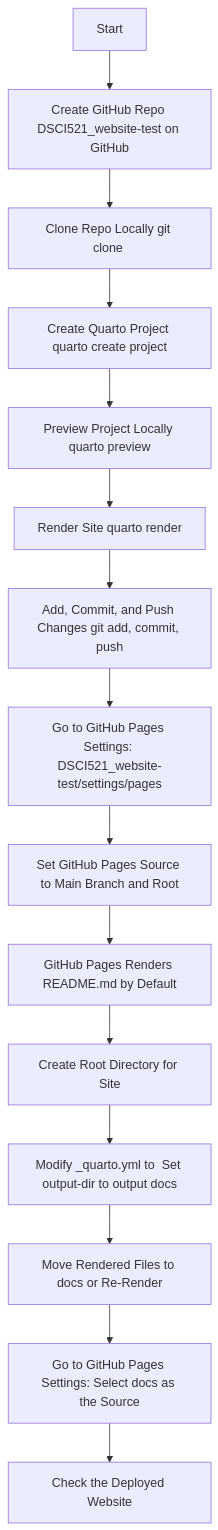
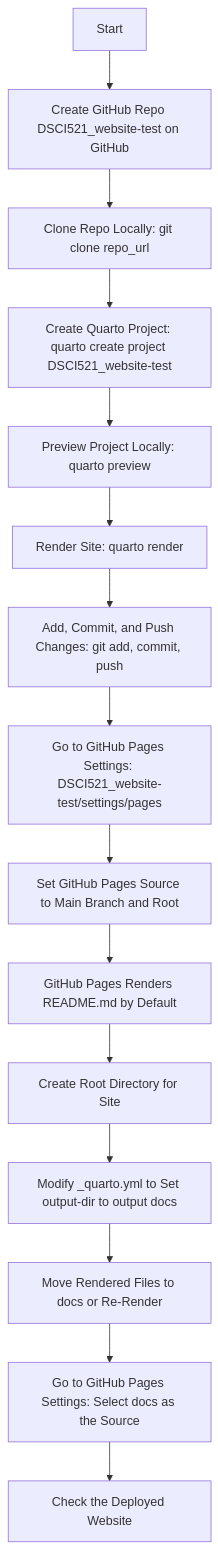
One commit to andytai7/DSCI521_website-test changed the first of 2 diagrams in about.qmd. Above: the diagram before and after it, drawn with Mermaid. The commit also changed other lines of this file and 3 other files, not shown here.

````diff
--- a/about.qmd
+++ b/about.qmd
@@ -7,23 +7,23 @@
 ```{mermaid}
 
 flowchart TD
     A[Start] --> B[Create GitHub Repo DSCI521_website-test on GitHub]
-    B --> C[Clone Repo Locally git clone <repo_url>]
-    C --> D[Create Quarto Project quarto create project]
-    D --> E[Preview Project Locally quarto preview]
-    E --> F[Render Site quarto render]
-    F --> G[Add, Commit, and Push Changes git add, commit, push]
+    B --> C[Clone Repo Locally: git clone repo_url]
+    C --> D[Create Quarto Project: quarto create project DSCI521_website-test]
+    D --> E[Preview Project Locally: quarto preview]
+    E --> F[Render Site: quarto render]
+    F --> G[Add, Commit, and Push Changes: git add, commit, push]
     
     G --> H[Go to GitHub Pages Settings: DSCI521_website-test/settings/pages]
     H --> I[Set GitHub Pages Source to Main Branch and Root]
     I --> J[GitHub Pages Renders README.md by Default]
     
     J --> K[Create Root Directory for Site]
-    K --> L[Modify _quarto.yml to  Set output-dir to output docs]
+    K --> L[Modify _quarto.yml to Set output-dir to output docs]
     L --> M[Move Rendered Files to docs or Re-Render]
     M --> N[Go to GitHub Pages Settings: Select docs as the Source]
     N --> O[Check the Deployed Website]
 
 
   
 ```
````
